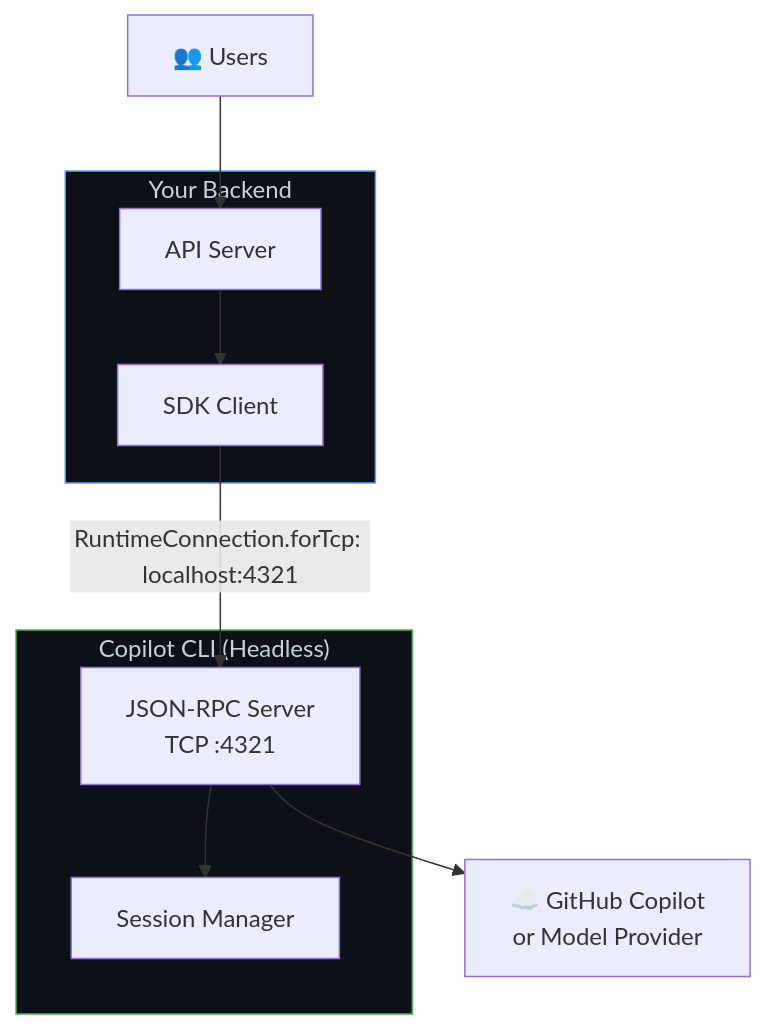
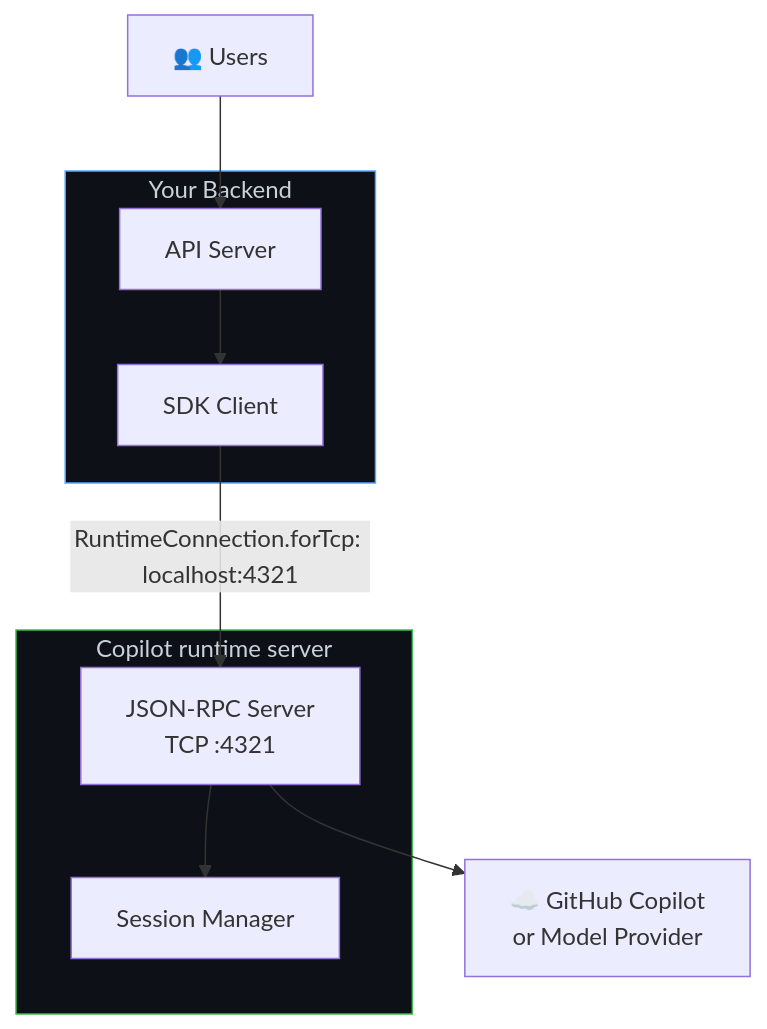
The first of 5 diagrams in docs/setup/backend-services.md (jeremiahjordanisaacson/copilot-sdk-supercharged), drawn with Mermaid before and after one commit. The commit also changed other lines of this file and 35 other files, not shown here.

````diff
--- a/docs/setup/backend-services.md
+++ b/docs/setup/backend-services.md
@@ -11,21 +11,21 @@
 ```mermaid
 flowchart TB
     subgraph Backend["Your Backend"]
         API["API Server"]
         SDK["SDK Client"]
     end
 
-    subgraph CLIServer["Copilot CLI (Headless)"]
+    subgraph RuntimeServer["Copilot runtime server"]
         RPC["JSON-RPC Server<br/>TCP :4321"]
         Sessions["Session Manager"]
     end
 
     Users["👥 Users"] --> API
     API --> SDK
     SDK -- "RuntimeConnection.forTcp: localhost:4321" --> RPC
     RPC --> Sessions
     RPC --> Copilot["☁️ GitHub Copilot<br/>or Model Provider"]
 
     style Backend fill:#0d1117,stroke:#58a6ff,color:#c9d1d9
-    style CLIServer fill:#0d1117,stroke:#3fb950,color:#c9d1d9
+    style RuntimeServer fill:#0d1117,stroke:#3fb950,color:#c9d1d9
 ```
````
